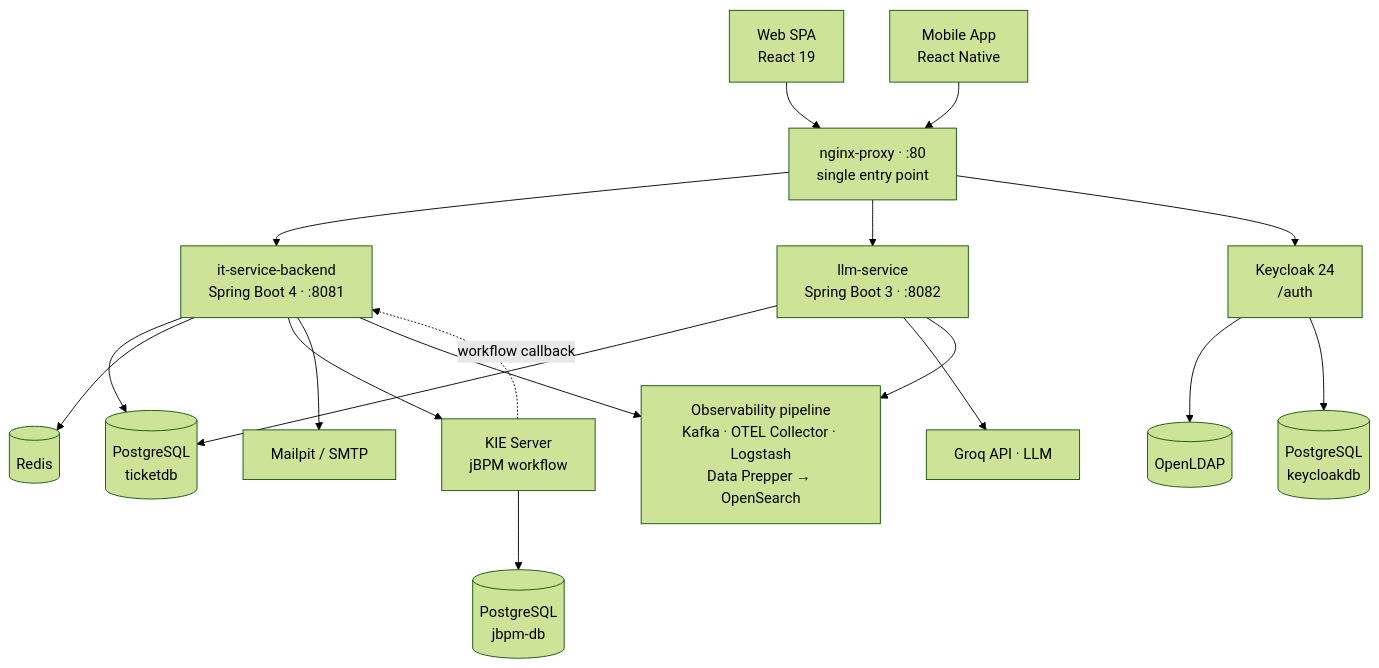
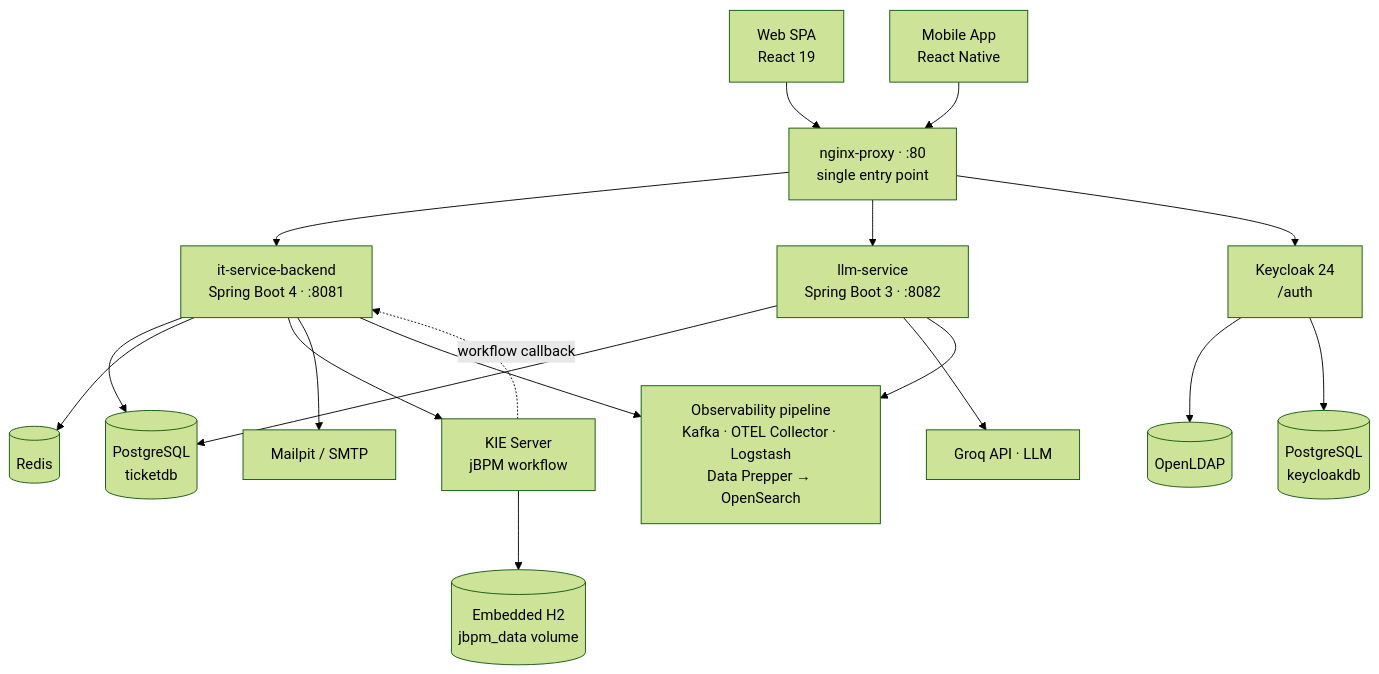
One commit to UKBey/TicketSystem changed the diagram in README.md. Above: the diagram before and after it, drawn with Mermaid (forest theme). The commit also changed other lines of this file and 10 other files, not shown here.

First line of the commit message:
docs: sync tracked docs with command-based status transitions, embedded-kjar KIE Server (H2), Keycloak-native password reset and Mailpit relay

````diff
--- a/README.md
+++ b/README.md
@@ -88,25 +89,25 @@
 ```mermaid
 flowchart TB
     web[Web SPA<br/>React 19] --> nginx
     mobile[Mobile App<br/>React Native] --> nginx
 
     nginx[nginx-proxy · :80<br/>single entry point]
 
     nginx --> be[it-service-backend<br/>Spring Boot 4 · :8081]
     nginx --> llm[llm-service<br/>Spring Boot 3 · :8082]
     nginx --> kc[Keycloak 24<br/>/auth]
 
     be --> pg[(PostgreSQL<br/>ticketdb)]
     be --> redis[(Redis)]
     be --> kie[KIE Server<br/>jBPM workflow]
     be --> mail[Mailpit / SMTP]
     llm --> pg
     llm --> groq[Groq API · LLM]
     kc --> ldap[(OpenLDAP)]
     kc --> kcdb[(PostgreSQL<br/>keycloakdb)]
-    kie --> jbpmdb[(PostgreSQL<br/>jbpm-db)]
+    kie --> jbpmh2[(Embedded H2<br/>jbpm_data volume)]
     kie -. workflow callback .-> be
 
     be --> obs[Observability pipeline<br/>Kafka · OTEL Collector · Logstash<br/>Data Prepper → OpenSearch]
     llm --> obs
 ```
````
